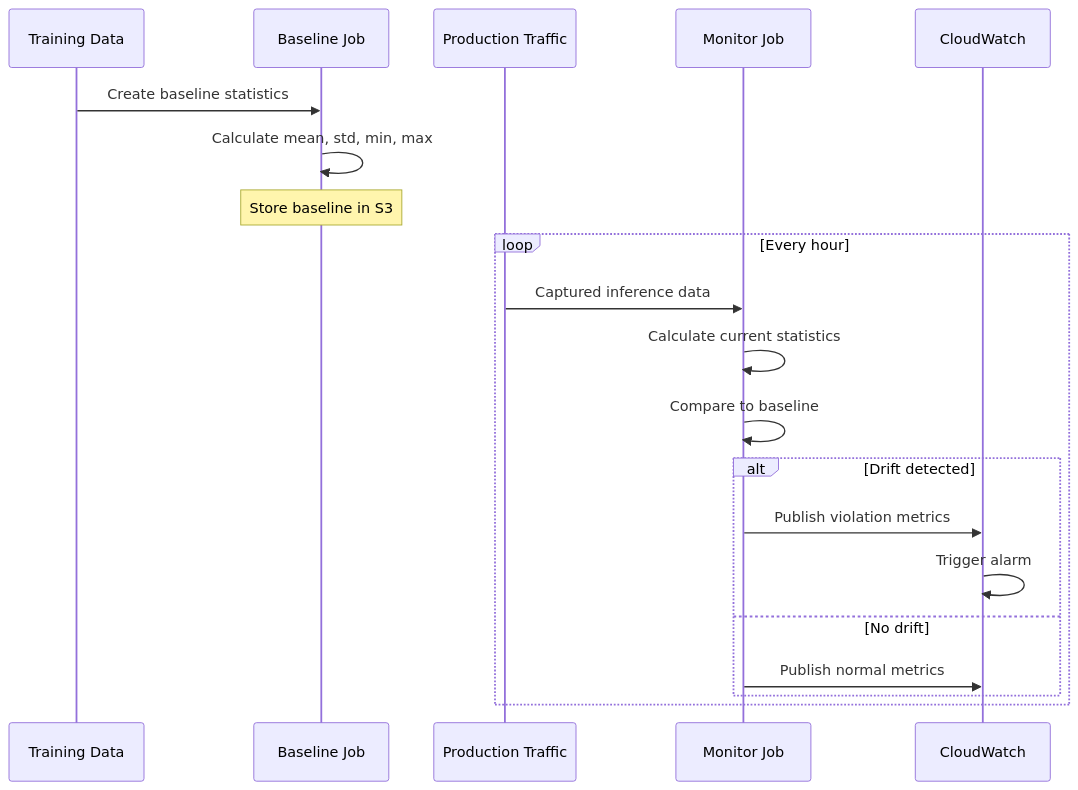
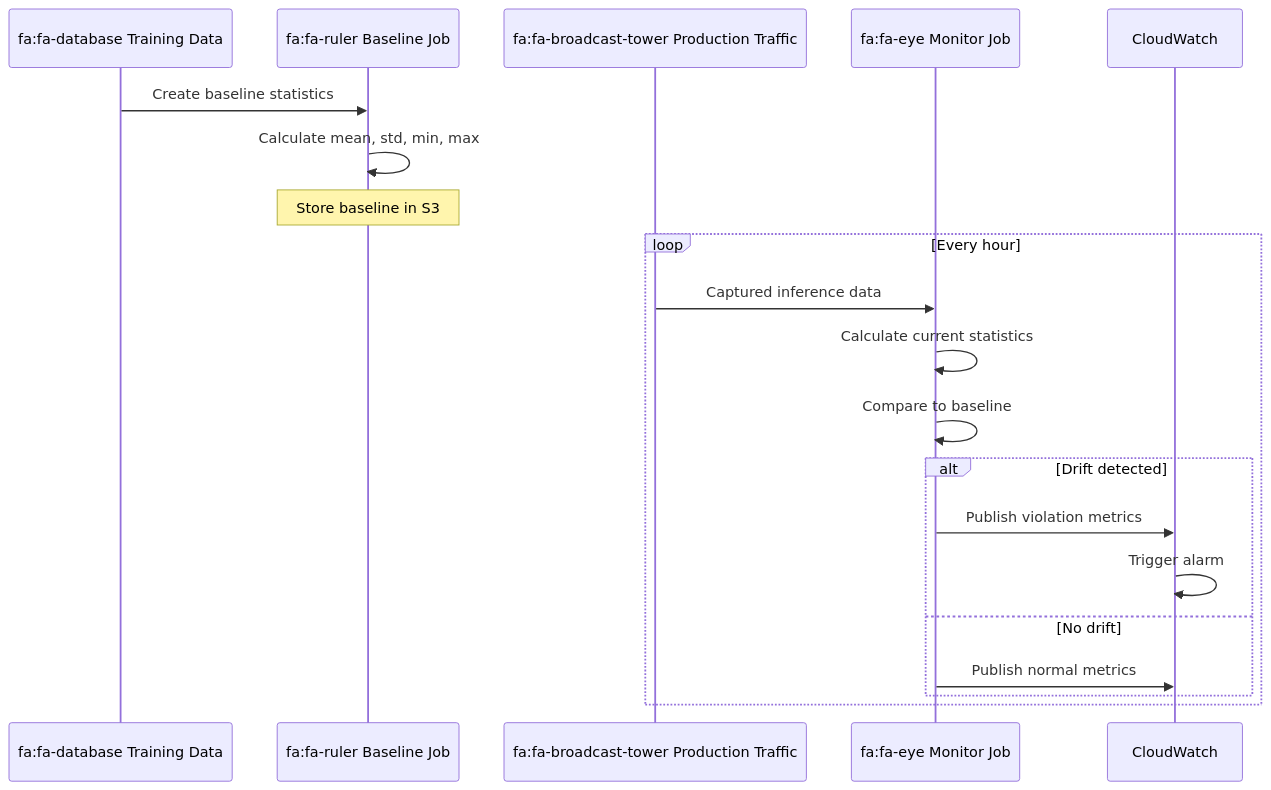
The third of 3 diagrams in aws-ml-associate-prep/07-model-monitor/LAB.md (vinu76jsr/aws-sample-projects), drawn with Mermaid before and after one commit. The commit also changed other lines of this file and 15 other files, not shown here.

First line of the commit message:
Add Font Awesome icons to all Mermaid diagrams

````diff
--- a/aws-ml-associate-prep/07-model-monitor/LAB.md
+++ b/aws-ml-associate-prep/07-model-monitor/LAB.md
@@ -95,24 +95,24 @@
 ```mermaid
 sequenceDiagram
-    participant Train as Training Data
-    participant Base as Baseline Job
-    participant Prod as Production Traffic
-    participant Mon as Monitor Job
+    participant Train as fa:fa-database Training Data
+    participant Base as fa:fa-ruler Baseline Job
+    participant Prod as fa:fa-broadcast-tower Production Traffic
+    participant Mon as fa:fa-eye Monitor Job
     participant CW as CloudWatch
 
     Train->>Base: Create baseline statistics
     Base->>Base: Calculate mean, std, min, max
     Note over Base: Store baseline in S3
 
     loop Every hour
         Prod->>Mon: Captured inference data
         Mon->>Mon: Calculate current statistics
         Mon->>Mon: Compare to baseline
         alt Drift detected
             Mon->>CW: Publish violation metrics
             CW->>CW: Trigger alarm
         else No drift
             Mon->>CW: Publish normal metrics
         end
     end
 ```
````
